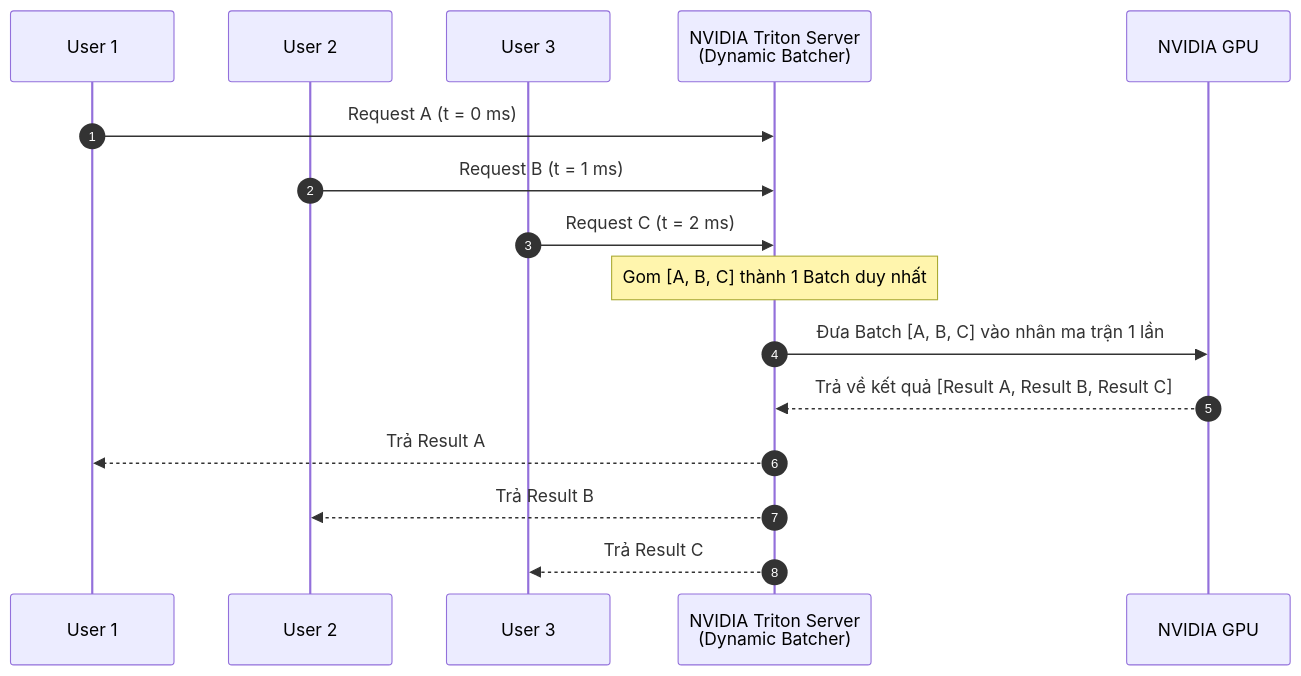
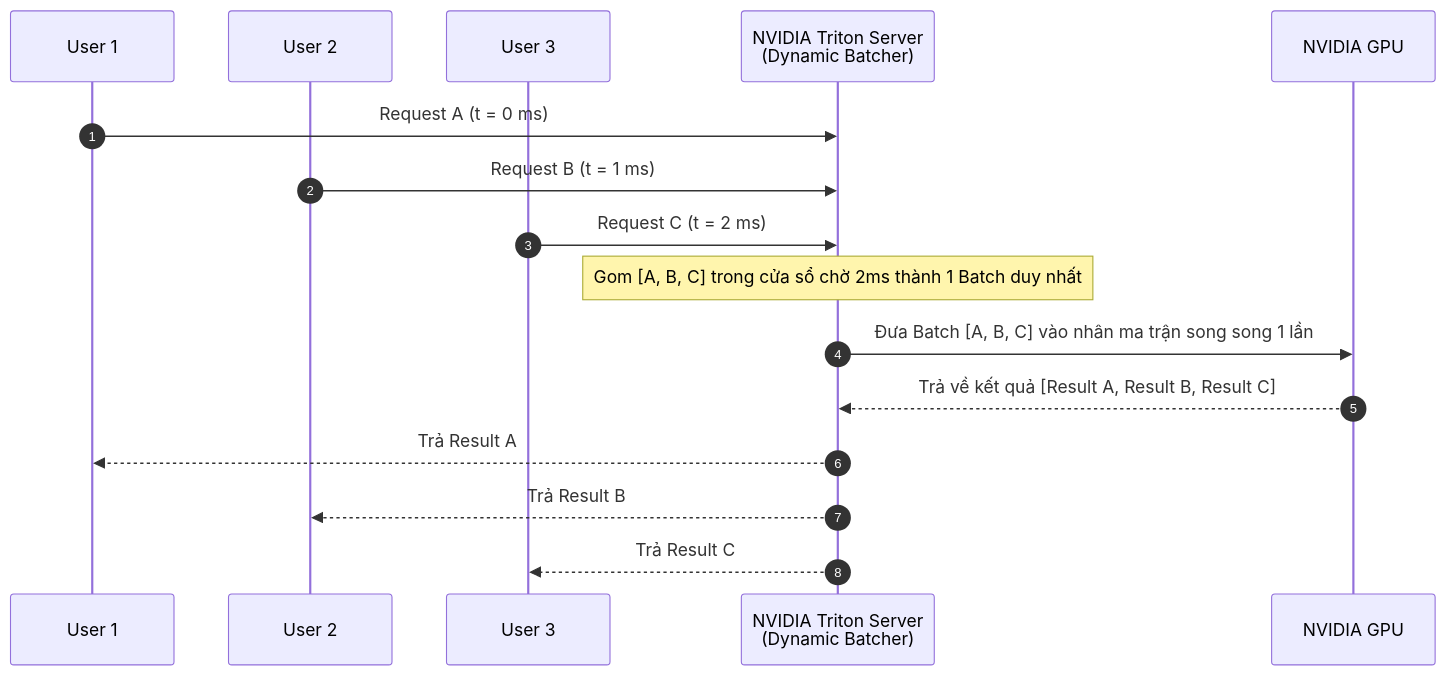
One commit to nxthanh2904/nca-genl changed the sixth of 6 diagrams in Module_08_NVIDIA_Ecosystem.md. Above: the diagram before and after it, drawn with Mermaid. The commit also changed other lines of this file and 11 other files, not shown here.

````diff
--- a/Module_08_NVIDIA_Ecosystem.md
+++ b/Module_08_NVIDIA_Ecosystem.md
@@ -189,19 +273,19 @@
 ```mermaid
 sequenceDiagram
     autonumber
     participant U1 as User 1
     participant U2 as User 2
     participant U3 as User 3
     participant Triton as NVIDIA Triton Server<br/>(Dynamic Batcher)
     participant GPU as NVIDIA GPU
 
     U1->>Triton: Request A (t = 0 ms)
     U2->>Triton: Request B (t = 1 ms)
     U3->>Triton: Request C (t = 2 ms)
-    Note over Triton: Gom [A, B, C] thành 1 Batch duy nhất
-    Triton->>GPU: Đưa Batch [A, B, C] vào nhân ma trận 1 lần
+    Note over Triton: Gom [A, B, C] trong cửa sổ chờ 2ms thành 1 Batch duy nhất
+    Triton->>GPU: Đưa Batch [A, B, C] vào nhân ma trận song song 1 lần
     GPU-->>Triton: Trả về kết quả [Result A, Result B, Result C]
     Triton-->>U1: Trả Result A
     Triton-->>U2: Trả Result B
     Triton-->>U3: Trả Result C
 ```
````
